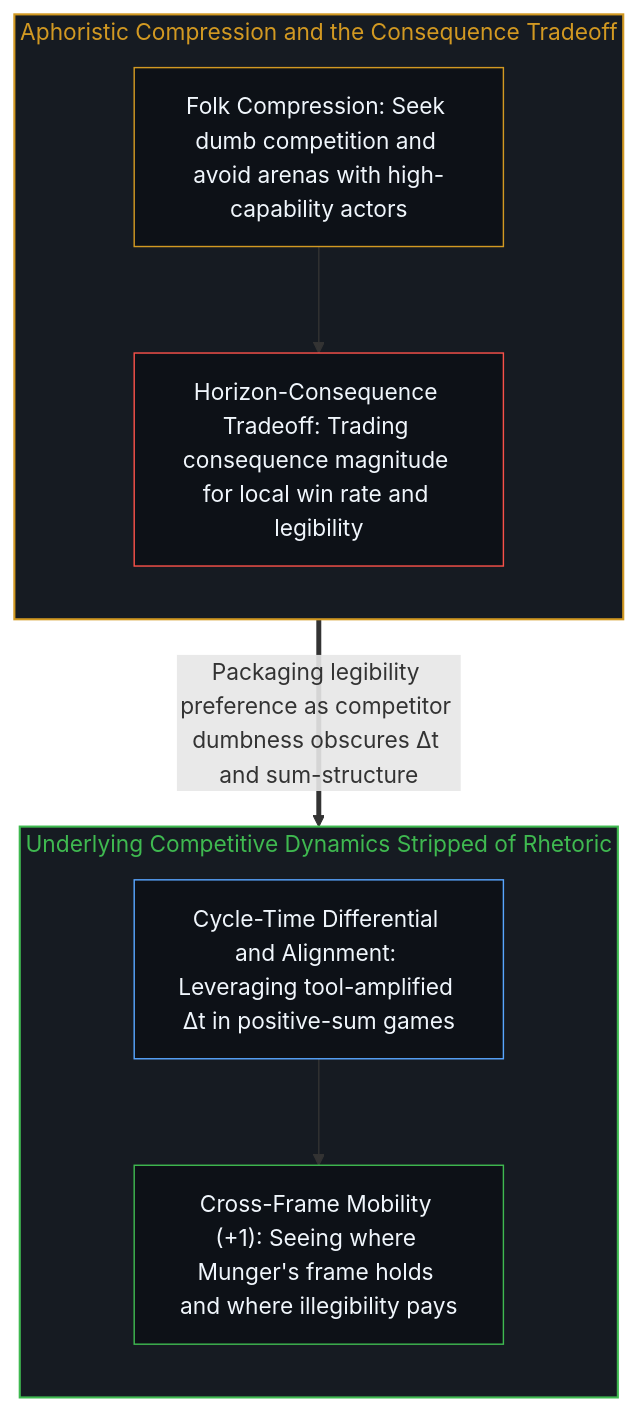
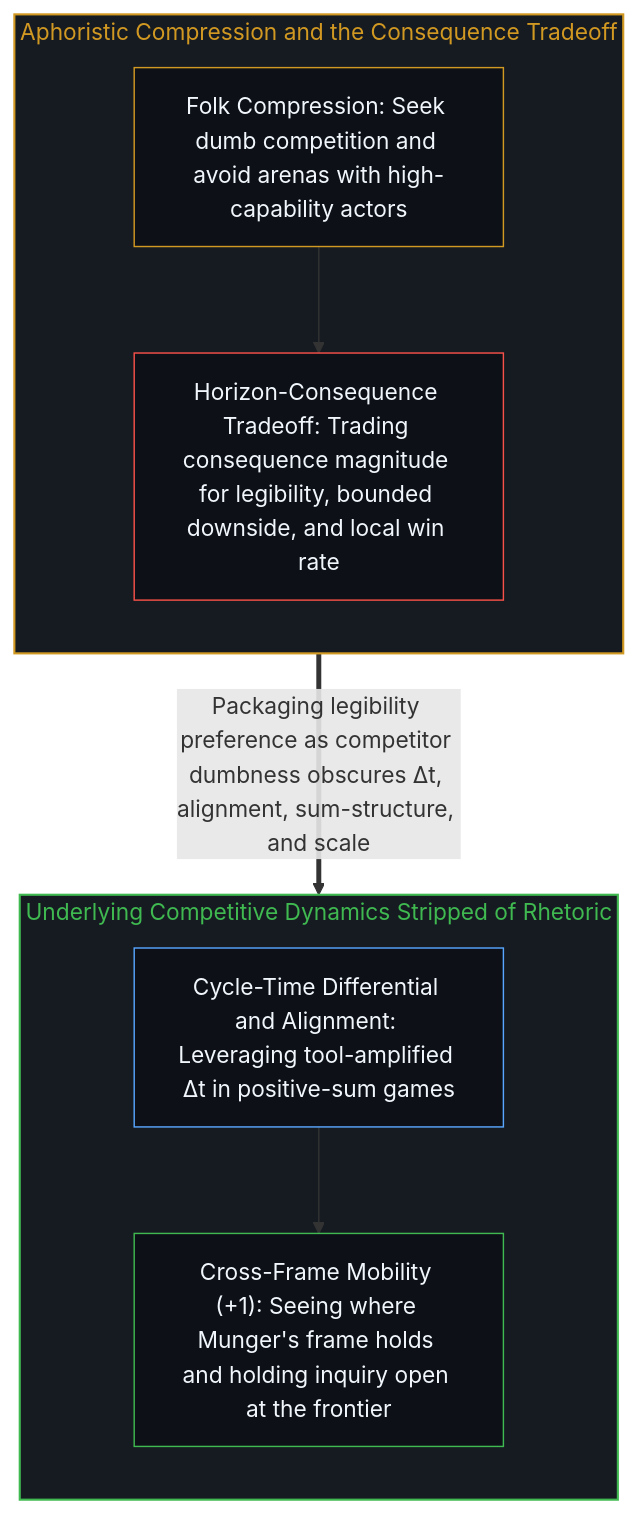
The second of 2 diagrams in content/posts/munger-dumb-competition-refined.md (powerpig99/not-a-toe), drawn with Mermaid before and after one commit. The commit also changed other lines of this file and 7 other files, not shown here.

````diff
--- a/content/posts/munger-dumb-competition-refined.md
+++ b/content/posts/munger-dumb-competition-refined.md
@@ -42,22 +42,22 @@
 ```mermaid
 flowchart TD
     subgraph S_Munger["Aphoristic Compression and the Consequence Tradeoff"]
         direction TB
         Maxim["Folk Compression: Seek dumb competition and avoid arenas with high-capability actors"]
-        Tradeoff["Horizon-Consequence Tradeoff: Trading consequence magnitude for local win rate and legibility"]
+        Tradeoff["Horizon-Consequence Tradeoff: Trading consequence magnitude for legibility, bounded downside, and local win rate"]
         Maxim --> Tradeoff
     end
     subgraph S_Mech["Underlying Competitive Dynamics Stripped of Rhetoric"]
         direction TB
         Delta["Cycle-Time Differential and Alignment: Leveraging tool-amplified Δt in positive-sum games"]
-        Mobility["Cross-Frame Mobility (+1): Seeing where Munger's frame holds and where illegibility pays"]
+        Mobility["Cross-Frame Mobility (+1): Seeing where Munger's frame holds and holding inquiry open at the frontier"]
         Delta --> Mobility
     end
-    Tradeoff ==>|"Packaging legibility preference as competitor dumbness obscures Δt and sum-structure"| Delta
+    Tradeoff ==>|"Packaging legibility preference as competitor dumbness obscures Δt, alignment, sum-structure, and scale"| Delta
     style S_Munger fill:#161b22,stroke:#d29922,stroke-width:1.5px,color:#d29922
     style S_Mech fill:#161b22,stroke:#3fb950,stroke-width:1.5px,color:#3fb950
     style Maxim fill:#0d1117,stroke:#d29922,stroke-width:1px,color:#f0f6fc
     style Tradeoff fill:#0d1117,stroke:#f85149,stroke-width:1px,color:#f0f6fc
     style Delta fill:#0d1117,stroke:#58a6ff,stroke-width:1px,color:#f0f6fc
     style Mobility fill:#0d1117,stroke:#3fb950,stroke-width:1px,color:#f0f6fc
 ```
````
